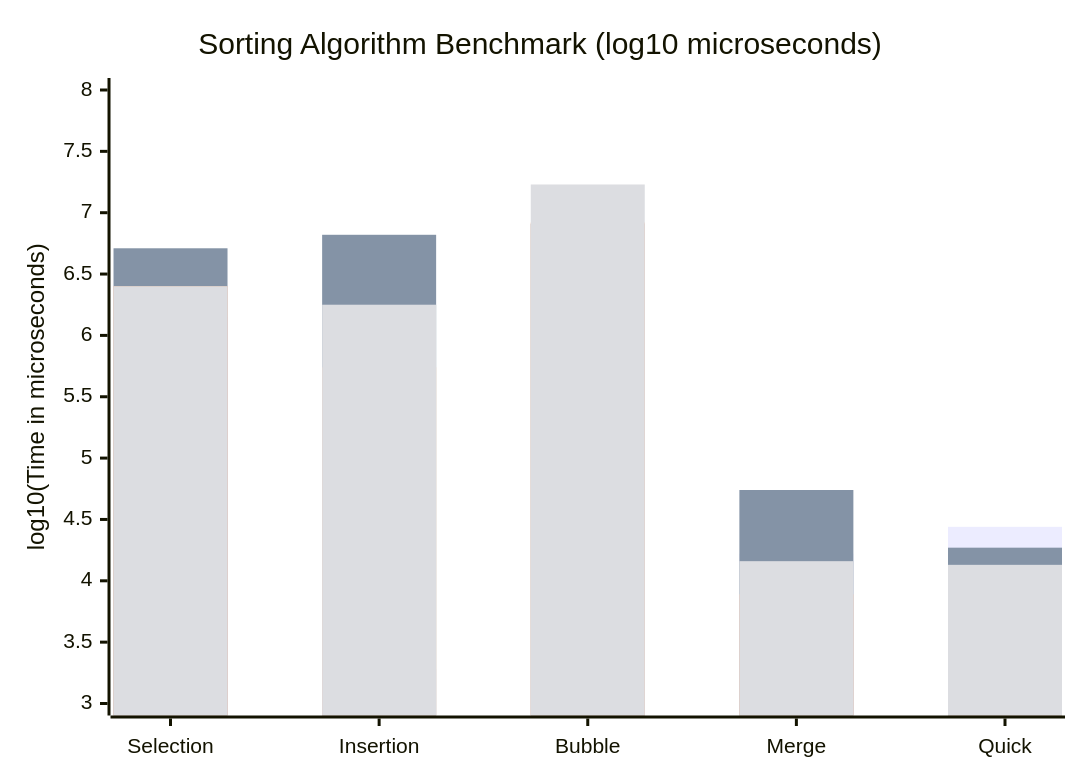
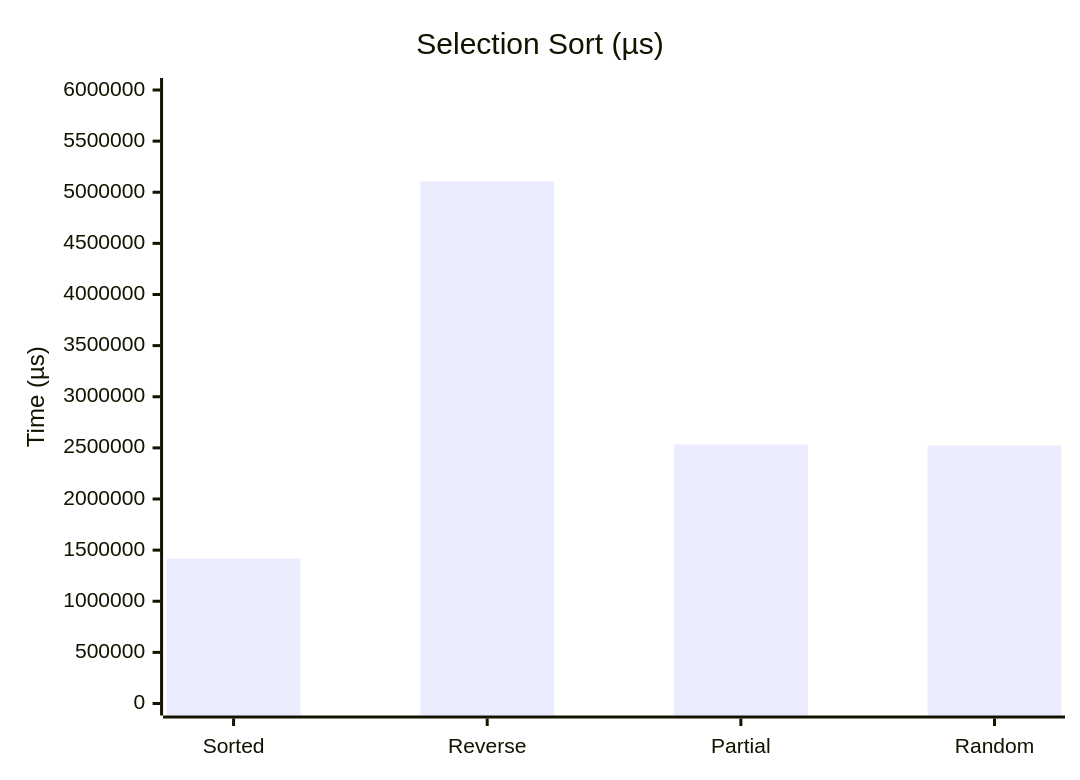
Before and after one commit to Aptuo/Benchmark-Algorithms-Sorting: the first of 5 diagrams in README.md, drawn with Mermaid. The commit also changed other lines of this file, not shown here.

Commit message:
Split benchmark charts by algorithm using microseconds

````diff
--- a/README.md
+++ b/README.md
@@ -26,10 +28,7 @@
 ```mermaid
 xychart-beta
-    title "Sorting Algorithm Benchmark (log10 microseconds)"
-    x-axis ["Selection", "Insertion", "Bubble", "Merge", "Quick"]
-    y-axis "log10(Time in microseconds)" 3 --> 8
-    bar "Sorted" [6.15, 3.28, 3.27, 4.22, 4.44]
-    bar "Reverse" [6.71, 6.82, 6.91, 4.74, 4.27]
-    bar "Partial" [6.40, 5.74, 6.92, 3.89, 4.06]
-    bar "Random" [6.40, 6.25, 7.23, 4.16, 4.13]
+    title "Selection Sort (µs)"
+    x-axis ["Sorted", "Reverse", "Partial", "Random"]
+    y-axis "Time (µs)" 0 --> 6000000
+    bar [1417768, 5108022, 2534388, 2523922]
 ```
````
